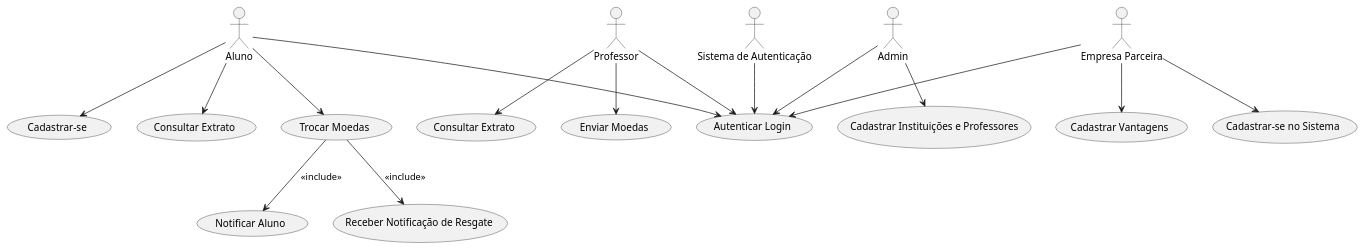
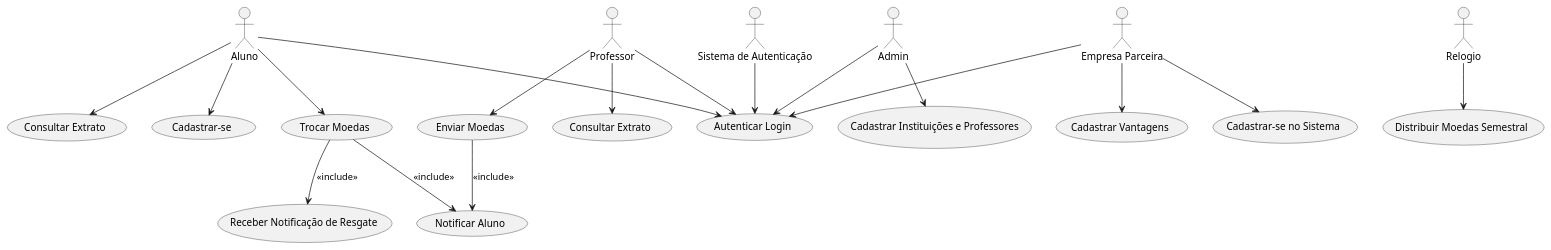
Before and after one commit to Gaburieru35/Lab3DevSoft: the diagram in Projeto/UserCase.puml.puml, drawn with PlantUML.

Commit message:
Inclusão ator relógio

```diff
--- a/Projeto/UserCase.puml.puml
+++ b/Projeto/UserCase.puml.puml
@@ -1,40 +1,45 @@
 @startuml
 actor "Aluno" as Aluno
 actor "Professor" as Professor
 actor "Empresa Parceira" as Empresa
 actor "Admin" as Admin
+actor "Relogio" as Clock
 actor "Sistema de Autenticação" as Auth
 
 usecase "Cadastrar-se" as UC_Cadastro_Aluno
 usecase "Consultar Extrato" as UC_Consultar_Extrato_Aluno
 usecase "Trocar Moedas" as UC_Trocar_Moedas
 usecase "Notificar Aluno" as UC_Notificar_Aluno
 usecase "Cadastrar-se no Sistema" as UC_Cadastro_Empresa
 usecase "Cadastrar Vantagens" as UC_Cadastrar_Vantagens
 usecase "Receber Notificação de Resgate" as UC_Notificar_Empresa
 usecase "Enviar Moedas" as UC_Enviar_Moedas
 usecase "Consultar Extrato" as UC_Consultar_Extrato_Professor
 usecase "Autenticar Login" as UC_Login
 usecase "Cadastrar Instituições e Professores" as UC_Cadastro_Instituicoes_Professores
+usecase "Distribuir Moedas Semestral" as UC_Distribuir_Semestral
 
 Aluno --> UC_Cadastro_Aluno
 Aluno --> UC_Consultar_Extrato_Aluno
 Aluno --> UC_Trocar_Moedas
 UC_Trocar_Moedas --> UC_Notificar_Empresa : <<include>>
 UC_Trocar_Moedas --> UC_Notificar_Aluno : <<include>>
+UC_Enviar_Moedas --> UC_Notificar_Aluno : <<include>>
 Aluno --> UC_Login
+
+Clock --> UC_Distribuir_Semestral
 
 Professor --> UC_Enviar_Moedas
 Professor --> UC_Consultar_Extrato_Professor
 Professor --> UC_Login
 
 Empresa --> UC_Cadastrar_Vantagens
 Empresa --> UC_Cadastro_Empresa
 Empresa --> UC_Login
 
 Admin --> UC_Cadastro_Instituicoes_Professores
 Admin --> UC_Login
 
 Auth --> UC_Login
 
 @enduml
```
